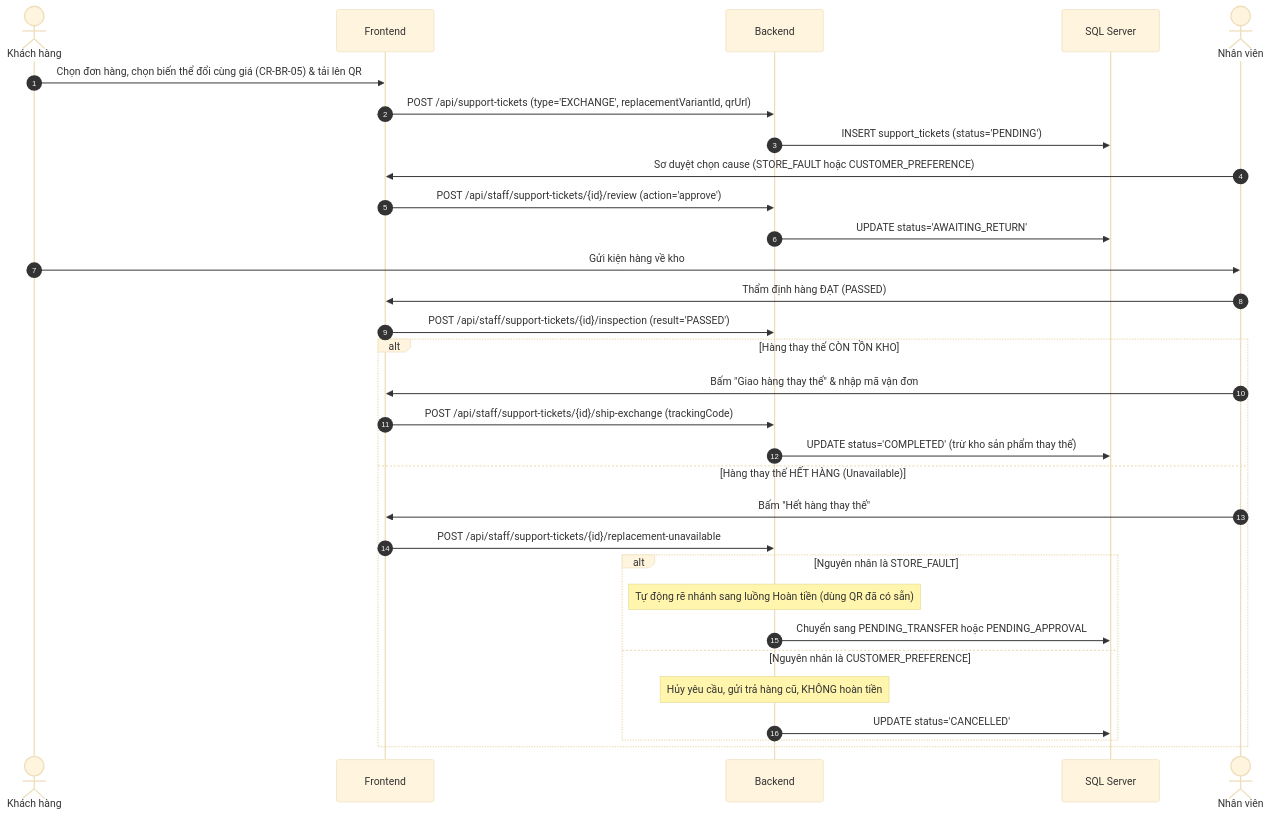
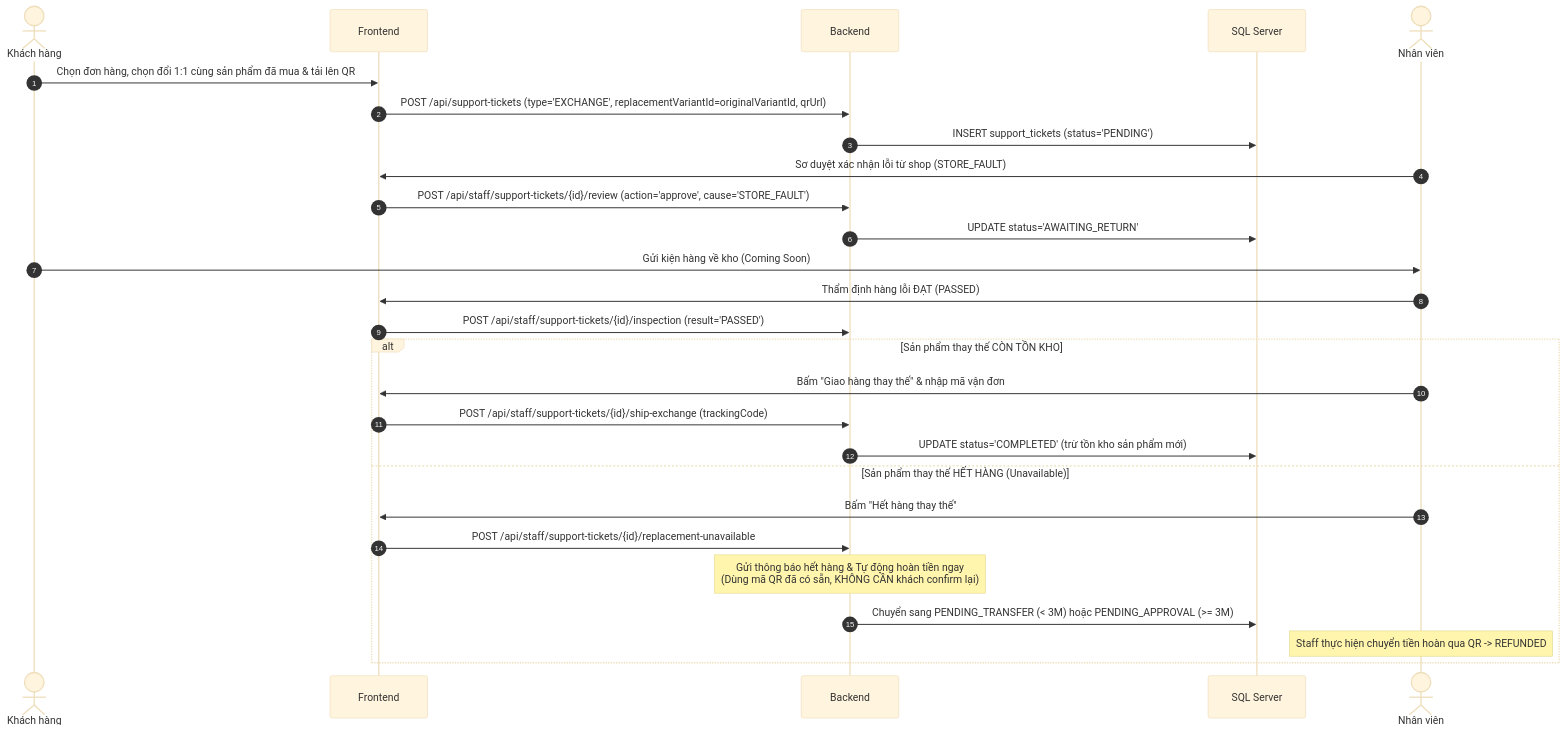
Before and after one commit to Tommy217/SBA301_BadmintonShop_SE1986-JV: the second of 2 diagrams in documents/module/support-ticket/flow.md, drawn with Mermaid (base theme). The commit also changed other lines of this file and 5 other files, not shown here.

Commit message:
update support ticket - exchange ticket

````diff
--- a/documents/module/support-ticket/flow.md
+++ b/documents/module/support-ticket/flow.md
@@ -100,37 +110,33 @@
 ```mermaid
 sequenceDiagram
     autonumber
     actor Customer as Khách hàng
     participant FE as Frontend
     participant BE as Backend
     participant DB as SQL Server
     actor Staff as Nhân viên
 
-    Customer->>FE: Chọn đơn hàng, chọn biến thể đổi cùng giá (CR-BR-05) & tải lên QR
-    FE->>BE: POST /api/support-tickets (type='EXCHANGE', replacementVariantId, qrUrl)
+    Customer->>FE: Chọn đơn hàng, chọn đổi 1:1 cùng sản phẩm đã mua & tải lên QR
+    FE->>BE: POST /api/support-tickets (type='EXCHANGE', replacementVariantId=originalVariantId, qrUrl)
     BE->>DB: INSERT support_tickets (status='PENDING')
 
-    Staff->>FE: Sơ duyệt chọn cause (STORE_FAULT hoặc CUSTOMER_PREFERENCE)
-    FE->>BE: POST /api/staff/support-tickets/{id}/review (action='approve')
+    Staff->>FE: Sơ duyệt xác nhận lỗi từ shop (STORE_FAULT)
+    FE->>BE: POST /api/staff/support-tickets/{id}/review (action='approve', cause='STORE_FAULT')
     BE->>DB: UPDATE status='AWAITING_RETURN'
 
-    Customer->>Staff: Gửi kiện hàng về kho
-    Staff->>FE: Thẩm định hàng ĐẠT (PASSED)
+    Customer->>Staff: Gửi kiện hàng về kho (Coming Soon)
+    Staff->>FE: Thẩm định hàng lỗi ĐẠT (PASSED)
     FE->>BE: POST /api/staff/support-tickets/{id}/inspection (result='PASSED')
     
-    alt Hàng thay thế CÒN TỒN KHO
+    alt Sản phẩm thay thế CÒN TỒN KHO
         Staff->>FE: Bấm "Giao hàng thay thế" & nhập mã vận đơn
         FE->>BE: POST /api/staff/support-tickets/{id}/ship-exchange (trackingCode)
-        BE->>DB: UPDATE status='COMPLETED' (trừ kho sản phẩm thay thế)
-    else Hàng thay thế HẾT HÀNG (Unavailable)
+        BE->>DB: UPDATE status='COMPLETED' (trừ tồn kho sản phẩm mới)
+    else Sản phẩm thay thế HẾT HÀNG (Unavailable)
         Staff->>FE: Bấm "Hết hàng thay thế"
         FE->>BE: POST /api/staff/support-tickets/{id}/replacement-unavailable
-        alt Nguyên nhân là STORE_FAULT
-            Note over BE: Tự động rẽ nhánh sang luồng Hoàn tiền (dùng QR đã có sẵn)
-            BE->>DB: Chuyển sang PENDING_TRANSFER hoặc PENDING_APPROVAL
-        else Nguyên nhân là CUSTOMER_PREFERENCE
-            Note over BE: Hủy yêu cầu, gửi trả hàng cũ, KHÔNG hoàn tiền
-            BE->>DB: UPDATE status='CANCELLED'
-        end
+        Note over BE: Gửi thông báo hết hàng & Tự động hoàn tiền ngay<br/>(Dùng mã QR đã có sẵn, KHÔNG CẦN khách confirm lại)
+        BE->>DB: Chuyển sang PENDING_TRANSFER (< 3M) hoặc PENDING_APPROVAL (>= 3M)
+        Note over Staff: Staff thực hiện chuyển tiền hoàn qua QR -> REFUNDED
     end
 ```
````
